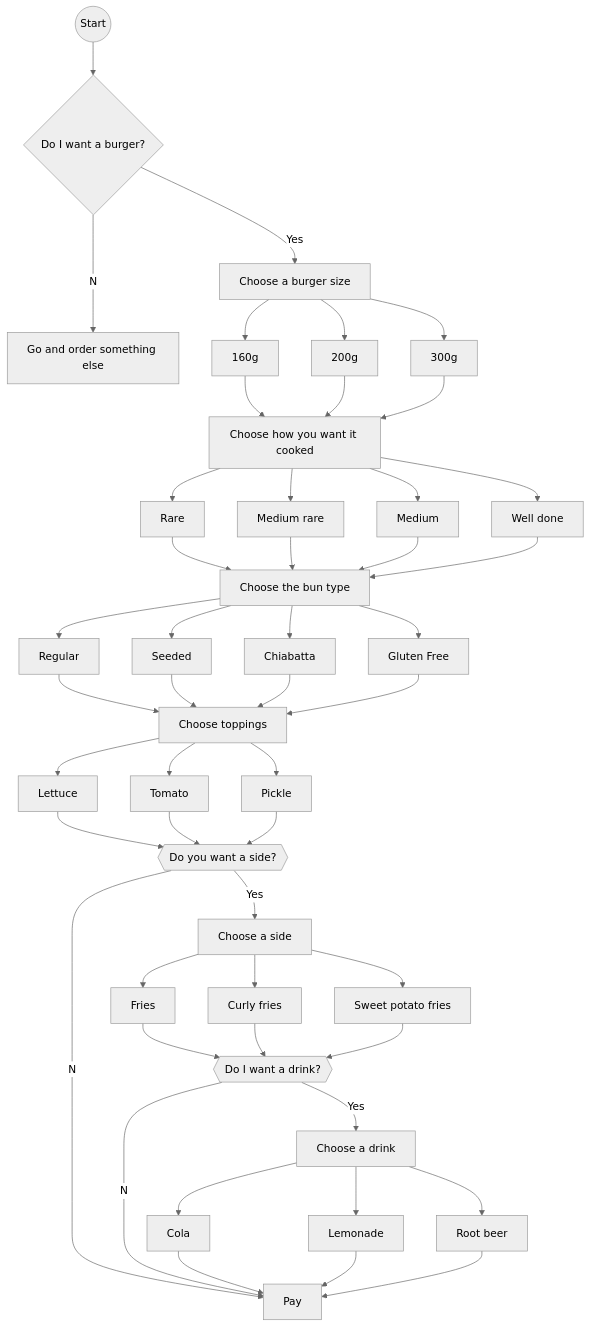
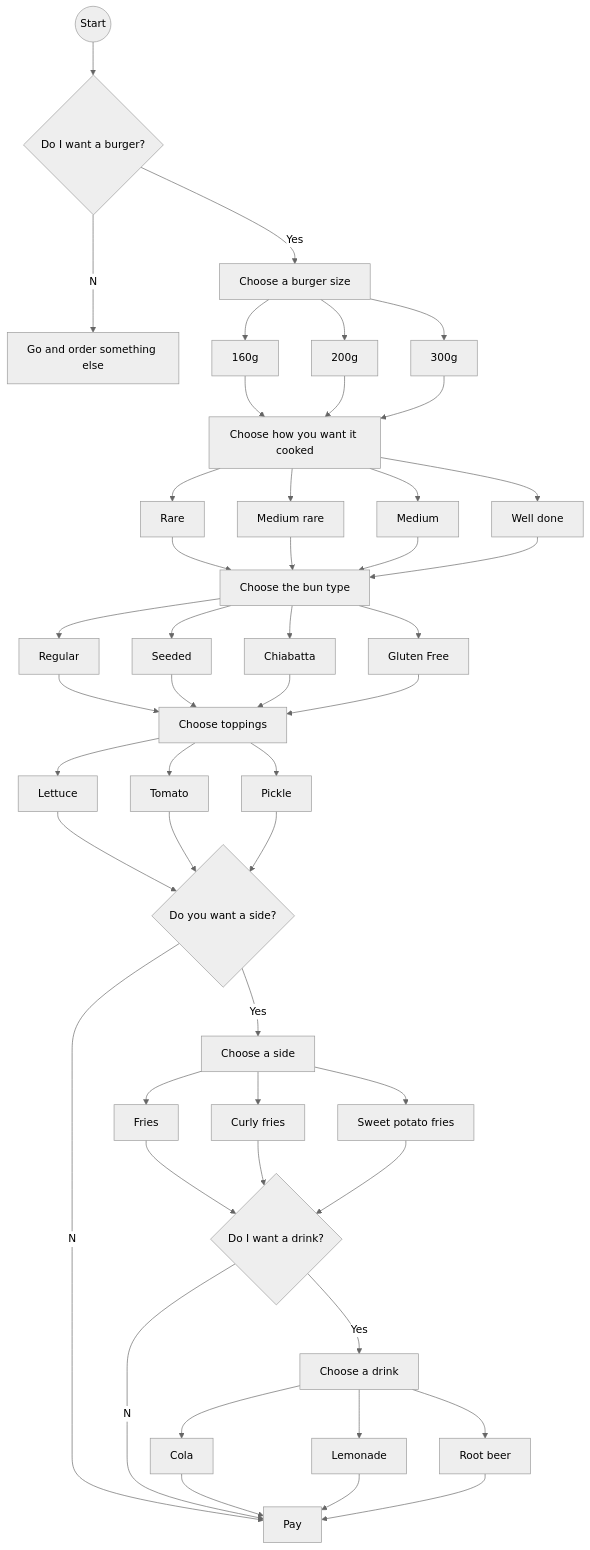
The diagram in student-work/2022/Jonathan-Kemp/api/Readme.md (yusale9/student-showcase), drawn with Mermaid (neutral theme) before and after one commit.

````diff
--- a/student-work/2022/Jonathan-Kemp/api/Readme.md
+++ b/student-work/2022/Jonathan-Kemp/api/Readme.md
@@ -5,82 +5,82 @@
 ```mermaid
 flowchart TD
 A((Start))
 A-->B
 B{Do I want a burger?}
 B--Yes-->C
 B--No-->D
 D[Go and order something else]
 C[Choose a burger size]
 C-->E
 C-->F
 C-->G
 E[160g]
 F[200g]
 G[300g]
 E-->H
 F-->H
 G-->H
 H[Choose how you want it cooked]
 H-->I
 H-->J
 H-->K
 H-->L
 I[Rare]
 J[Medium rare]
 K[Medium]
 L[Well done]
 I-->M
 J-->M
 K-->M
 L-->M
 M[Choose the bun type]
 M-->N
 M-->O
 M-->P
 M-->Q
 N[Regular]
 O[Seeded]
 P[Chiabatta]
 Q[Gluten Free]
 N-->R
 O-->R
 P-->R
 Q-->R
 R[Choose toppings]
 R-->S
 R-->T
 R-->U
 S[Lettuce]
 T[Tomato]
 U[Pickle]
 S-->V
 T-->V
 U-->V
-V{{Do you want a side?}}
+V{Do you want a side?}
 V--Yes-->X
 V--No-->AH
 X[Choose a side]
 X-->Z
 X-->AA
 X-->AB
 Z[Fries]
 AA[Curly fries]
 AB[Sweet potato fries]
 Z-->AC
 AA-->AC
 AB-->AC
-AC{{Do I want a drink?}}
+AC{Do I want a drink?}
 AC--Yes-->AD
 AC--No-->AH
 AD[Choose a drink]
 AD-->AE
 AD-->AF
 AD-->AG
 AE[Cola]
 AF[Lemonade]
 AG[Root beer]
 AE-->AH
 AF-->AH
 AG-->AH
 AH[Pay]
 ```
````
